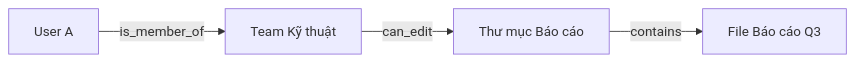
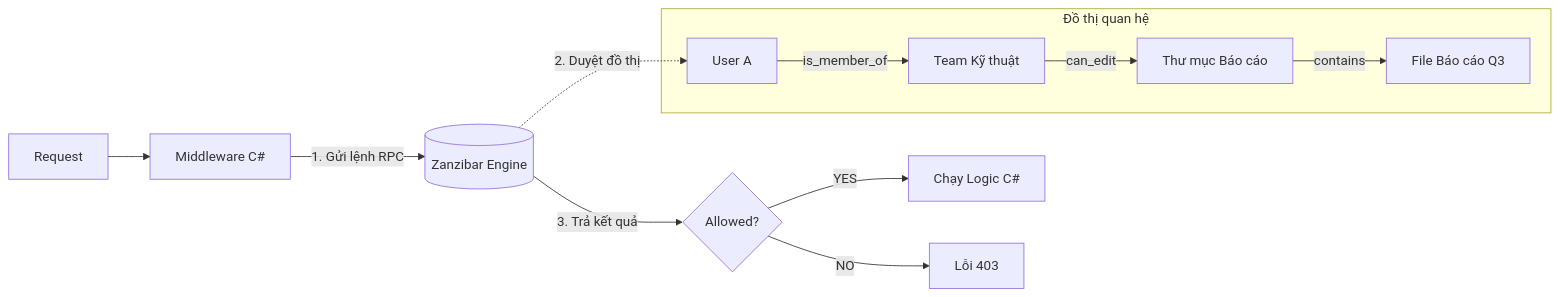
One commit to thang1834/DemoCsharp-CleanArchitecture changed the eighth of 12 diagrams in docs/presentation_script_v2.md. Above: the diagram before and after it, drawn with Mermaid. The commit also changed other lines of this file, not shown here.

````diff
--- a/docs/presentation_script_v2.md
+++ b/docs/presentation_script_v2.md
@@ -117,6 +179,14 @@
 ```mermaid
 flowchart LR
-    U[User A] -- is_member_of --> G[Team Kỹ thuật]
-    G -- can_edit --> F[Thư mục Báo cáo]
-    F -- contains --> D[File Báo cáo Q3]
+    Req[Request] --> M[Middleware C#]
+    M -->|1. Gửi lệnh RPC| Z[(Zanzibar Engine)]
+    subgraph Graph [Đồ thị quan hệ]
+        U[User A] -->|is_member_of| G[Team Kỹ thuật]
+        G -->|can_edit| F[Thư mục Báo cáo]
+        F -->|contains| D[File Báo cáo Q3]
+    end
+    Z -.->|2. Duyệt đồ thị| U
+    Z -->|3. Trả kết quả| D2{Allowed?}
+    D2 -->|YES| API[Chạy Logic C#]
+    D2 -->|NO| Err[Lỗi 403]
 ```
````
